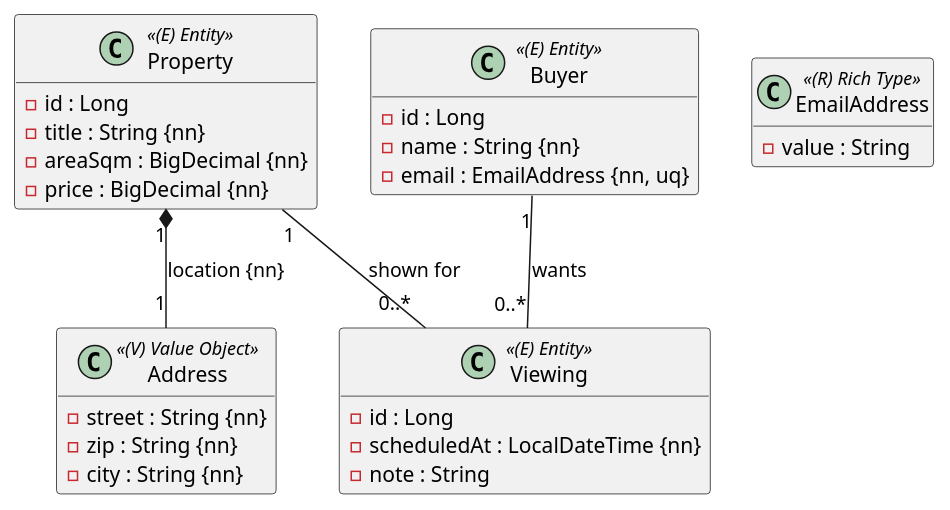
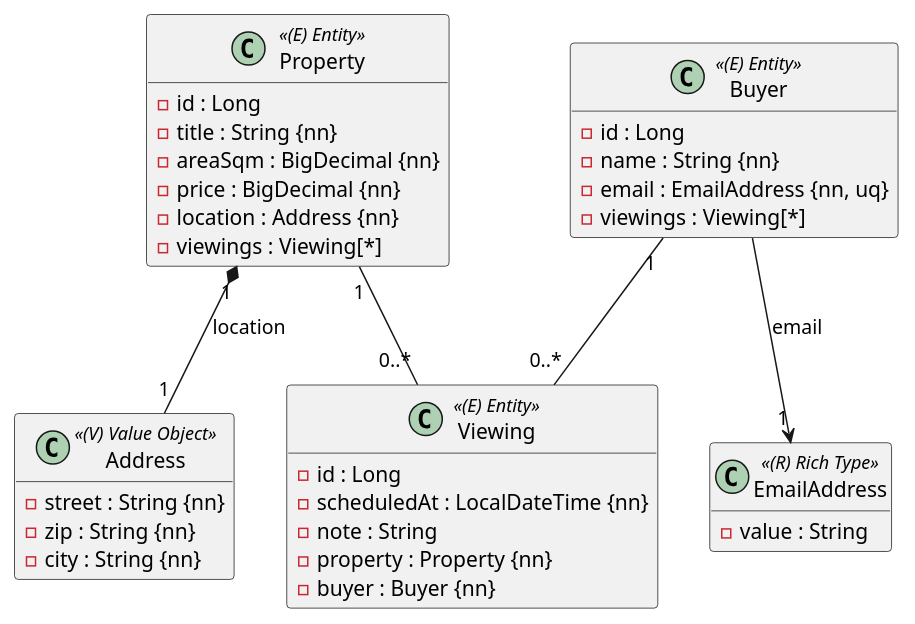
One commit to SJ2627-POS-Lernwerkstatt/SJ2627-POS-Lernwerkstatt.github.io changed the diagram in src/content/pruefungen/exercises/01-immobilienmakler.md. Above: the diagram before and after it, drawn with PlantUML. The commit also changed 3 other files, not shown here.

Commit message:
fix: exam UML 1-4 shows every reference as an attribute (Type[*] for collections); one-way relations as directed edges

````diff
--- a/src/content/pruefungen/exercises/01-immobilienmakler.md
+++ b/src/content/pruefungen/exercises/01-immobilienmakler.md
@@ -38,38 +38,44 @@
 ```plantuml
 @startuml
 hide empty methods
 
 class Address <<(V) Value Object>> {
   - street : String {nn}
   - zip : String {nn}
   - city : String {nn}
 }
 
 class EmailAddress <<(R) Rich Type>> {
   - value : String
 }
 
 class Property <<(E) Entity>> {
   - id : Long
   - title : String {nn}
   - areaSqm : BigDecimal {nn}
   - price : BigDecimal {nn}
+  - location : Address {nn}
+  - viewings : Viewing[*]
 }
 
 class Buyer <<(E) Entity>> {
   - id : Long
   - name : String {nn}
   - email : EmailAddress {nn, uq}
+  - viewings : Viewing[*]
 }
 
 class Viewing <<(E) Entity>> {
   - id : Long
   - scheduledAt : LocalDateTime {nn}
   - note : String
+  - property : Property {nn}
+  - buyer : Buyer {nn}
 }
 
-Property "1" *-- "1" Address : location {nn}
-Property "1" -- "0..*" Viewing : shown for
-Buyer "1" -- "0..*" Viewing : wants
+Property "1" *-- "1" Address : location
+Property "1" -- "0..*" Viewing
+Buyer "1" -- "0..*" Viewing
+Buyer --> "1" EmailAddress : email
 @enduml
 ```
````
